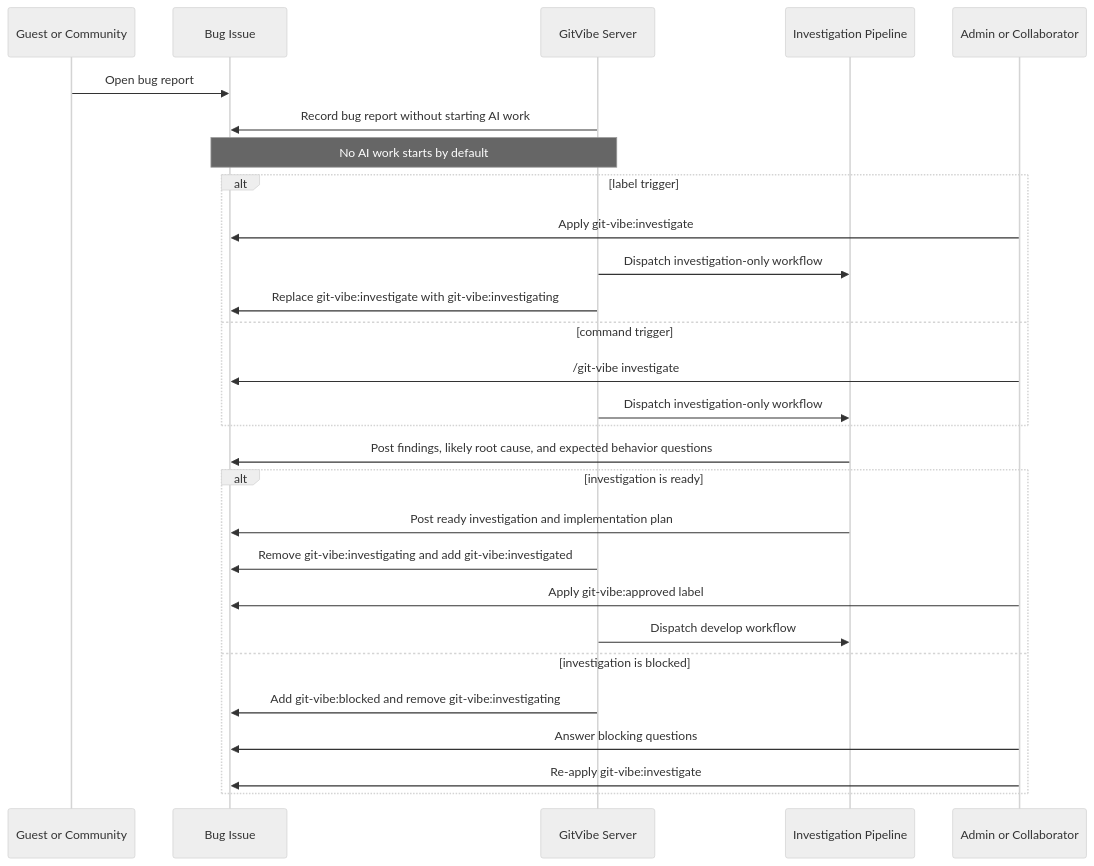
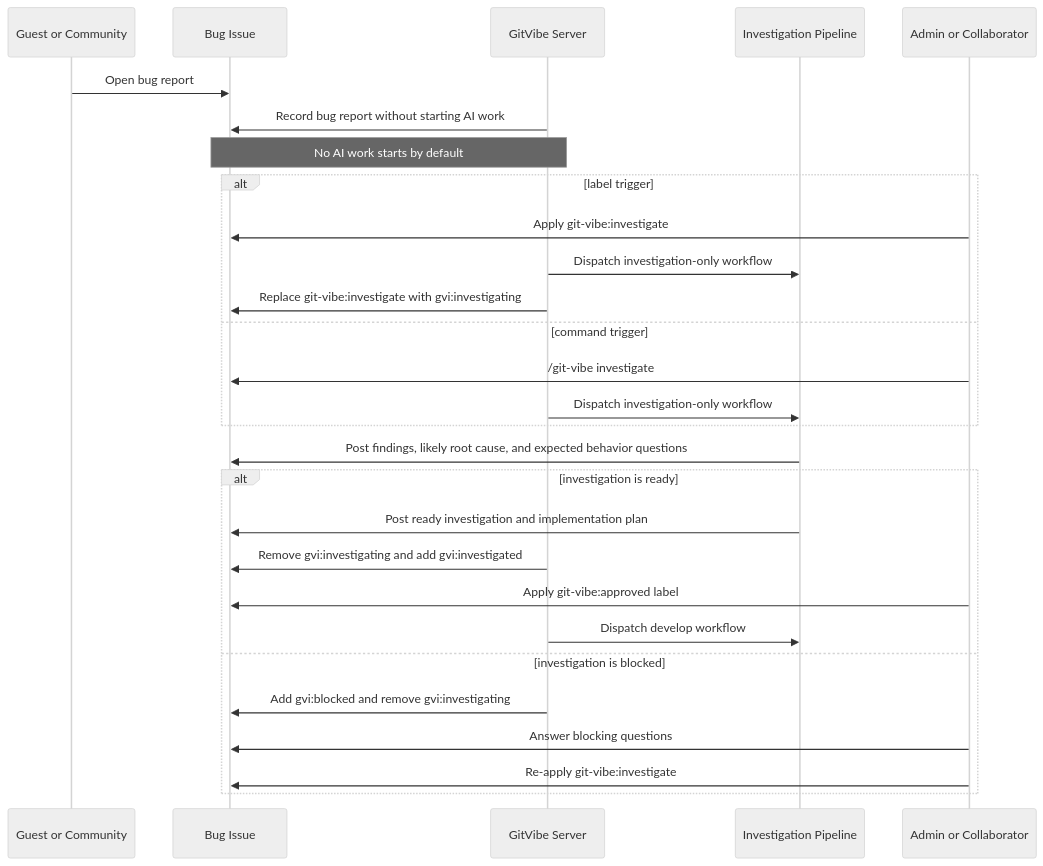
Before and after one commit to markhuangai/git-vibe: the fourth of 6 diagrams in docs/WORKFLOW.md, drawn with Mermaid (neutral theme). The commit also changed other lines of this file and 35 other files, not shown here.

````diff
--- a/docs/WORKFLOW.md
+++ b/docs/WORKFLOW.md
@@ -269,33 +271,33 @@
 ```mermaid
 sequenceDiagram
   participant Guest as Guest or Community
   participant Issue as Bug Issue
   participant App as GitVibe Server
   participant AI as Investigation Pipeline
   participant Maint as Admin or Collaborator
 
   Guest->>Issue: Open bug report
   App->>Issue: Record bug report without starting AI work
   Note over App,Issue: No AI work starts by default
 
   alt label trigger
     Maint->>Issue: Apply git-vibe:investigate
     App->>AI: Dispatch investigation-only workflow
-    App->>Issue: Replace git-vibe:investigate with git-vibe:investigating
+    App->>Issue: Replace git-vibe:investigate with gvi:investigating
   else command trigger
     Maint->>Issue: /git-vibe investigate
     App->>AI: Dispatch investigation-only workflow
   end
   AI->>Issue: Post findings, likely root cause, and expected behavior questions
 
   alt investigation is ready
     AI->>Issue: Post ready investigation and implementation plan
-    App->>Issue: Remove git-vibe:investigating and add git-vibe:investigated
+    App->>Issue: Remove gvi:investigating and add gvi:investigated
     Maint->>Issue: Apply git-vibe:approved label
     App->>AI: Dispatch develop workflow
   else investigation is blocked
-    App->>Issue: Add git-vibe:blocked and remove git-vibe:investigating
+    App->>Issue: Add gvi:blocked and remove gvi:investigating
     Maint->>Issue: Answer blocking questions
     Maint->>Issue: Re-apply git-vibe:investigate
   end
 ```
````
